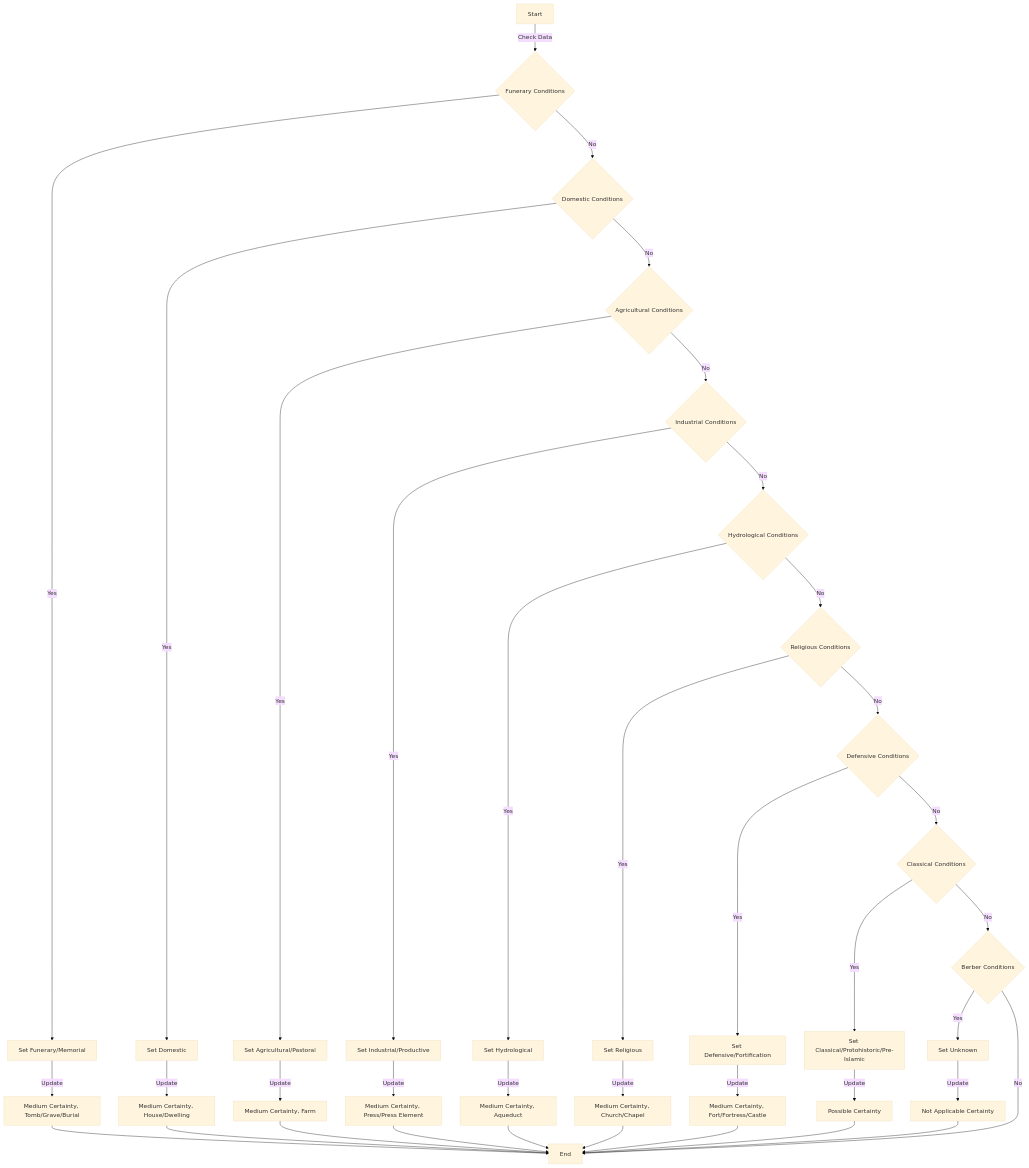
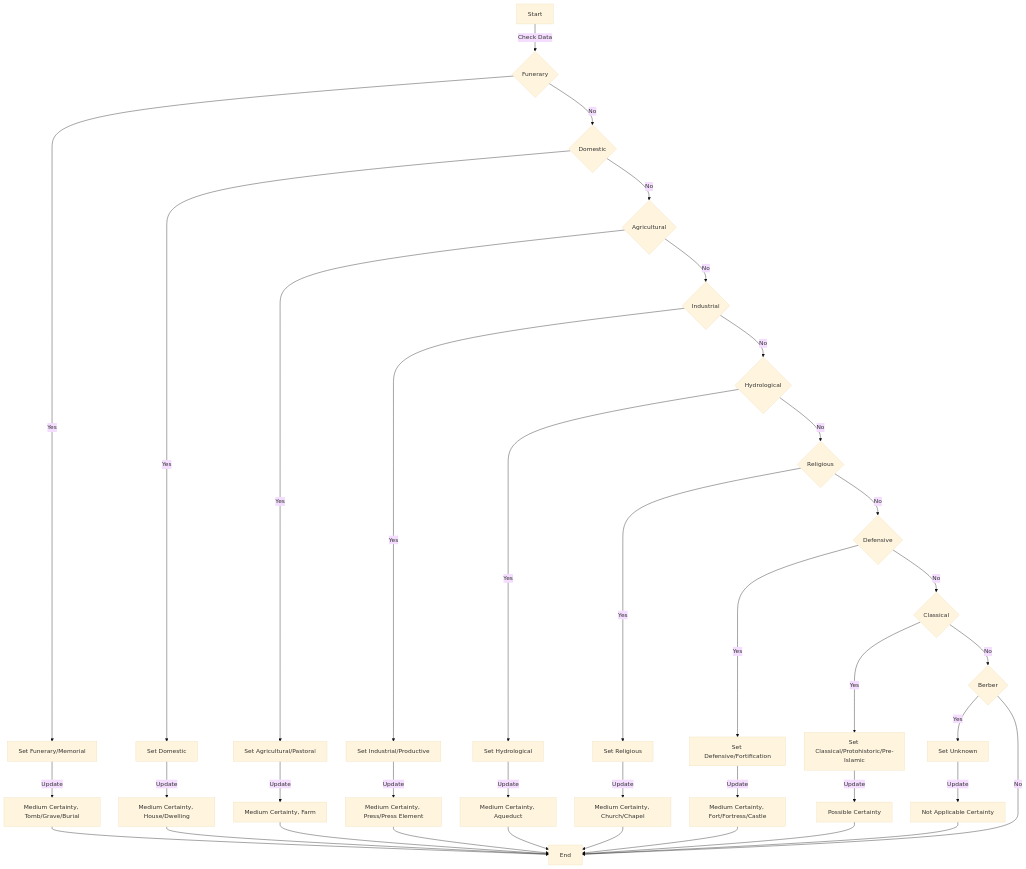
Before and after one commit to eamena-project/eamena-arches-dev: the first of 2 diagrams in projects/aaa/temp.md, drawn with Mermaid (base theme). The commit also changed other lines of this file, not shown here.

````diff
--- a/projects/aaa/temp.md
+++ b/projects/aaa/temp.md
@@ -1,40 +1,40 @@
 ```mermaid
 graph TD
-    A[Start] -->|Check Data| B{Funerary Conditions}
+    A[Start] -->|Check Data| B{Funerary}
     B -->|Yes| C[Set Funerary/Memorial]
-    B -->|No| D{Domestic Conditions}
+    B -->|No| D{Domestic}
     C -->|Update| E[Medium Certainty, Tomb/Grave/Burial]
     D -->|Yes| F[Set Domestic]
-    D -->|No| G{Agricultural Conditions}
+    D -->|No| G{Agricultural}
     F -->|Update| H[Medium Certainty, House/Dwelling]
     G -->|Yes| I[Set Agricultural/Pastoral]
-    G -->|No| J{Industrial Conditions}
+    G -->|No| J{Industrial}
     I -->|Update| K[Medium Certainty, Farm]
     J -->|Yes| L[Set Industrial/Productive]
-    J -->|No| M{Hydrological Conditions}
+    J -->|No| M{Hydrological}
     L -->|Update| N[Medium Certainty, Press/Press Element]
     M -->|Yes| O[Set Hydrological]
-    M -->|No| P{Religious Conditions}
+    M -->|No| P{Religious}
     O -->|Update| Q[Medium Certainty, Aqueduct]
     P -->|Yes| R[Set Religious]
-    P -->|No| S{Defensive Conditions}
+    P -->|No| S{Defensive}
     R -->|Update| T[Medium Certainty, Church/Chapel]
     S -->|Yes| U[Set Defensive/Fortification]
-    S -->|No| V{Classical Conditions}
+    S -->|No| V{Classical}
     U -->|Update| W[Medium Certainty, Fort/Fortress/Castle]
     V -->|Yes| X[Set Classical/Protohistoric/Pre-Islamic]
-    V -->|No| Y{Berber Conditions}
+    V -->|No| Y{Berber}
     X -->|Update| Z[Possible Certainty]
     Y -->|Yes| AA[Set Unknown]
     Y -->|No| AB[End]
     AA -->|Update| AC[Not Applicable Certainty]
     E --> AB
     H --> AB
     K --> AB
     N --> AB
     Q --> AB
     T --> AB
     W --> AB
     Z --> AB
     AC --> AB
 ```
````
